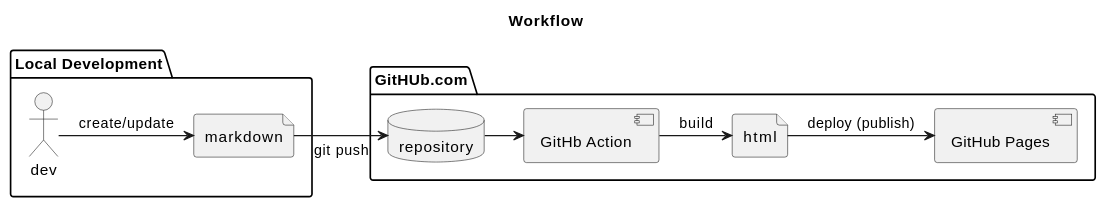
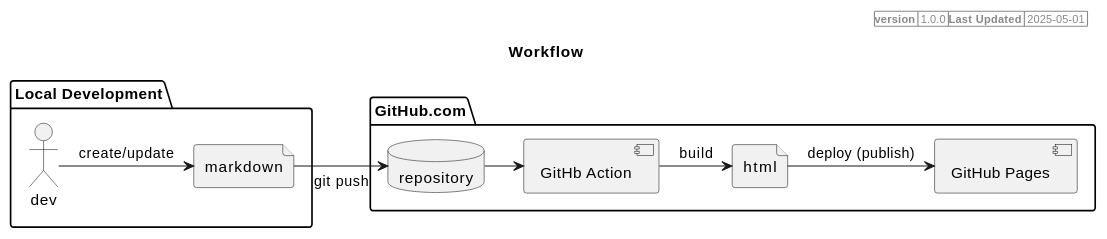
Before and after one commit to ubergoonz/docs-blog: the diagram in docs/about/site-architecture.md, drawn with PlantUML. The commit also changed other lines of this file and 30 other files, not shown here.

````diff
--- a/docs/about/site-architecture.md
+++ b/docs/about/site-architecture.md
@@ -18,27 +18,26 @@
 ```puml
 @startuml
 
 title "Workflow"
+header |=version | 1.0.0 |=Last Updated | 2025-05-01 |
 
 package "Local Development" {
     actor dev
     file markdown
-    
     dev -> markdown : create/update
 }
 
-package  "GitHUb.com" {
+package  "GitHub.com" {
     database "repository"
     component  "GitHb Action" as  action
     file html
-    component "GitHub Pages" as pages 
-
+    component "GitHub Pages" as pages
 }
 
 markdown -> repository : git push
-repository -> action 
+repository -> action
 action -> html  : build
 html -> pages : deploy (publish)
 
 @enduml
 ```
````
